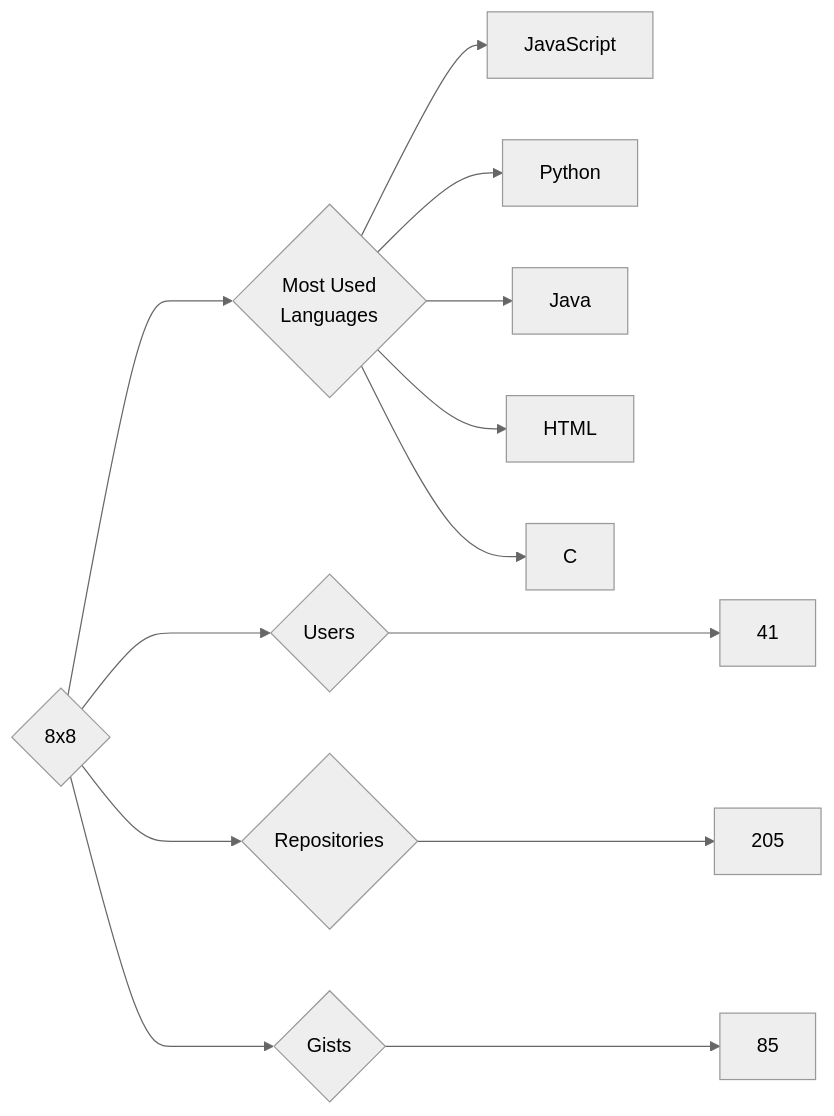
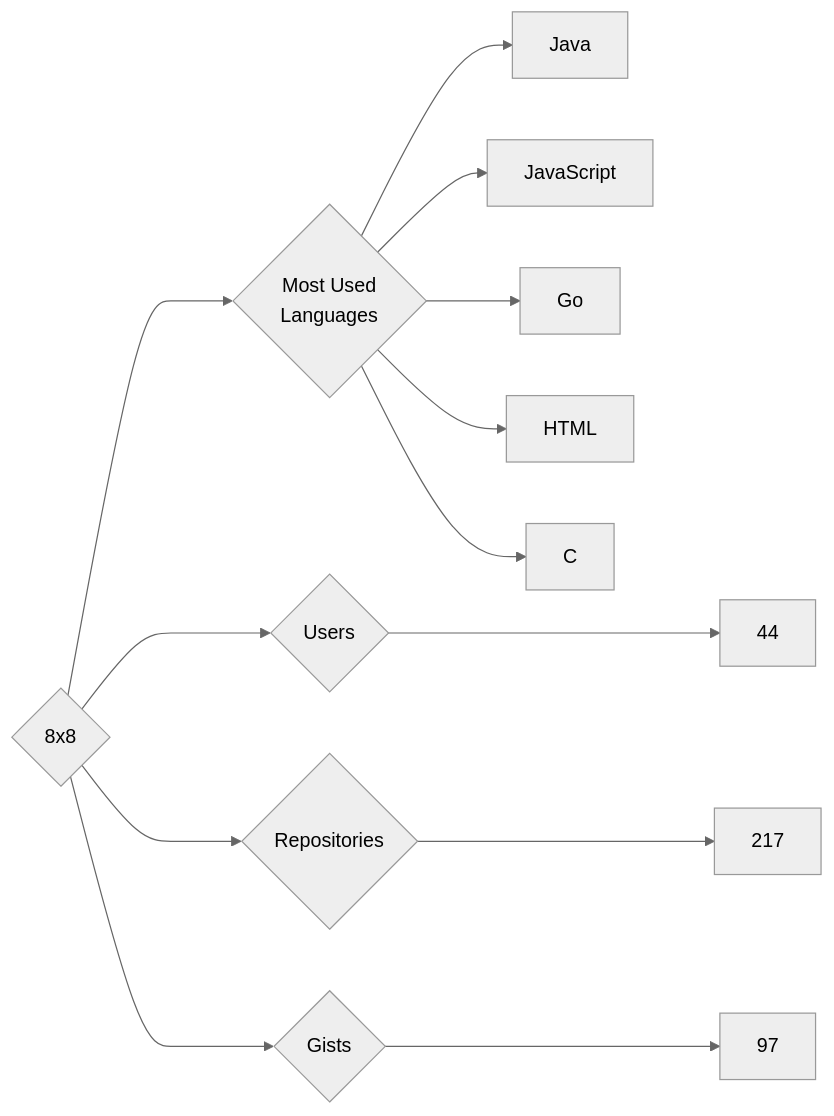
One commit to trickest/insiders changed the diagram in targets/8x8/README.md. Above: the diagram before and after it, drawn with Mermaid (neutral theme). The commit also changed 924 other files, not shown here.

````diff
--- a/targets/8x8/README.md
+++ b/targets/8x8/README.md
@@ -3,13 +3,13 @@
 ```mermaid
 graph LR
 COMPANY_NAME{8x8}
-COMPANY_NAME ---> U{Users} ---> UN[41]
-COMPANY_NAME ---> R{Repositories} ---> RN[205]
-COMPANY_NAME ---> G{Gists} ---> GN[85]
+COMPANY_NAME ---> U{Users} ---> UN[44]
+COMPANY_NAME ---> R{Repositories} ---> RN[217]
+COMPANY_NAME ---> G{Gists} ---> GN[97]
 COMPANY_NAME ---> ML{Most Used<br>Languages}
+ML --> Java[Java]
 ML --> JavaScript[JavaScript]
-ML --> Python[Python]
-ML --> Java[Java]
+ML --> Go[Go]
 ML --> HTML[HTML]
 ML --> C[C]
 ```
````
